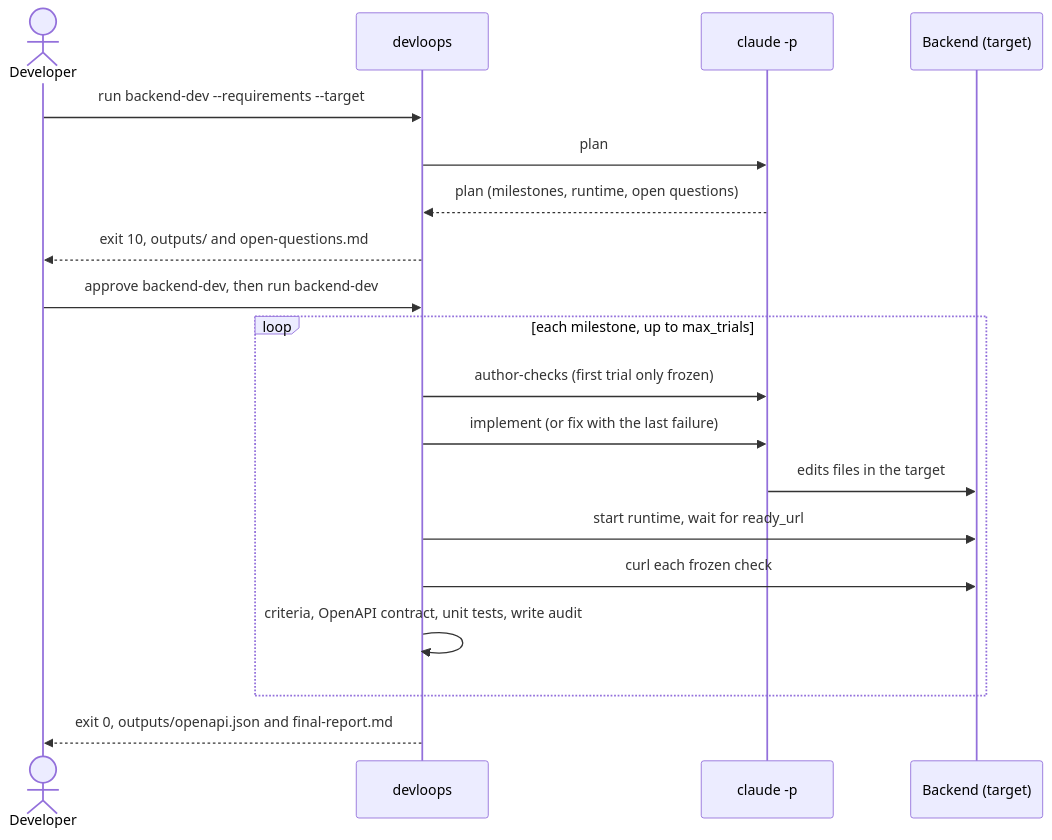
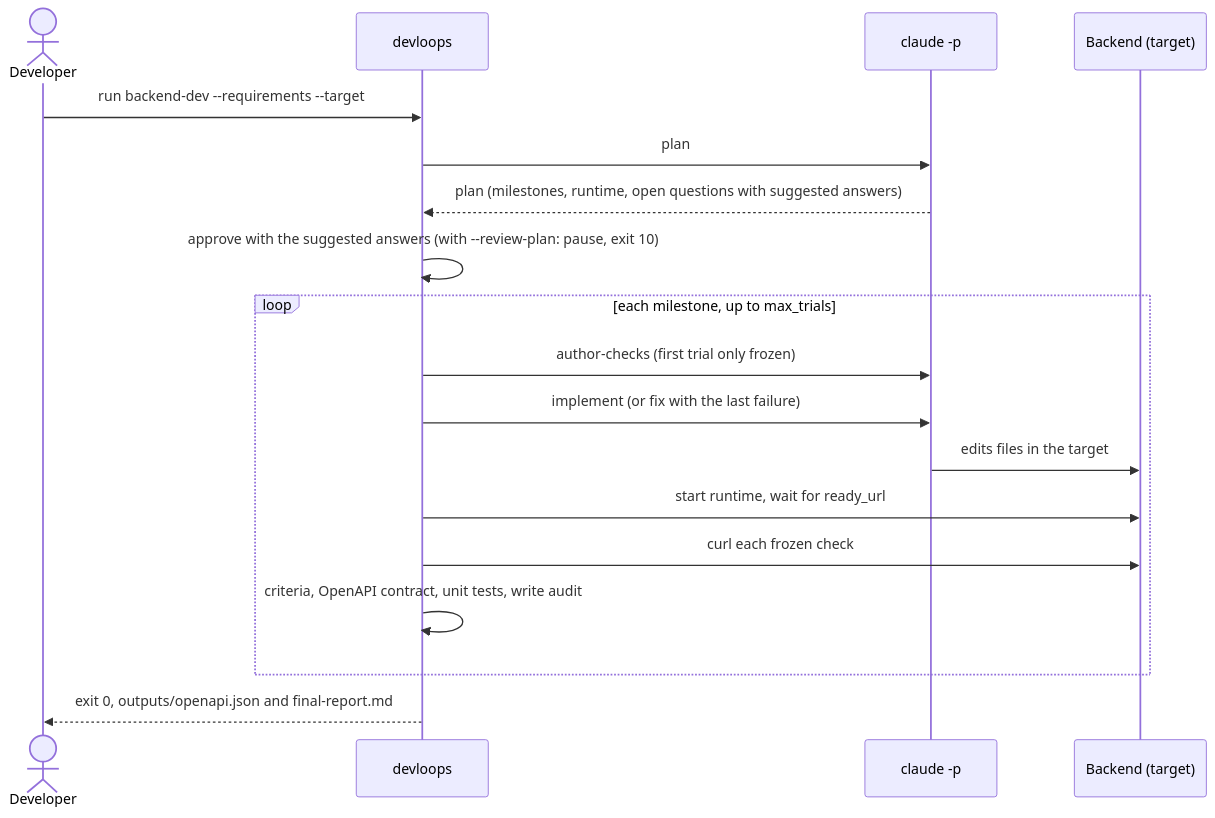
Before and after one commit to youssef7ussien/claude-devloops: the first of 3 diagrams in loops/README.md, drawn with Mermaid. The commit also changed other lines of this file and 43 other files, not shown here.

````diff
--- a/loops/README.md
+++ b/loops/README.md
@@ -277,21 +345,20 @@
 ```mermaid
 sequenceDiagram
     actor Dev as Developer
     participant CLI as devloops
     participant Claude as claude -p
     participant App as Backend (target)
     Dev->>CLI: run backend-dev --requirements --target
     CLI->>Claude: plan
-    Claude-->>CLI: plan (milestones, runtime, open questions)
-    CLI-->>Dev: exit 10, outputs/ and open-questions.md
-    Dev->>CLI: approve backend-dev, then run backend-dev
+    Claude-->>CLI: plan (milestones, runtime, open questions with suggested answers)
+    CLI->>CLI: approve with the suggested answers (with --review-plan: pause, exit 10)
     loop each milestone, up to max_trials
         CLI->>Claude: author-checks (first trial only frozen)
         CLI->>Claude: implement (or fix with the last failure)
         Claude->>App: edits files in the target
         CLI->>App: start runtime, wait for ready_url
         CLI->>App: curl each frozen check
         CLI->>CLI: criteria, OpenAPI contract, unit tests, write audit
     end
     CLI-->>Dev: exit 0, outputs/openapi.json and final-report.md
 ```
````
